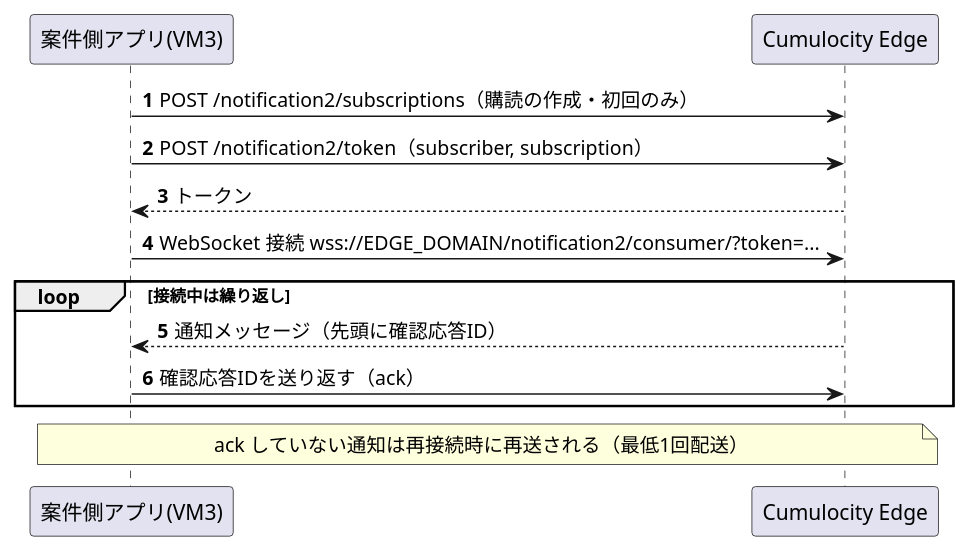
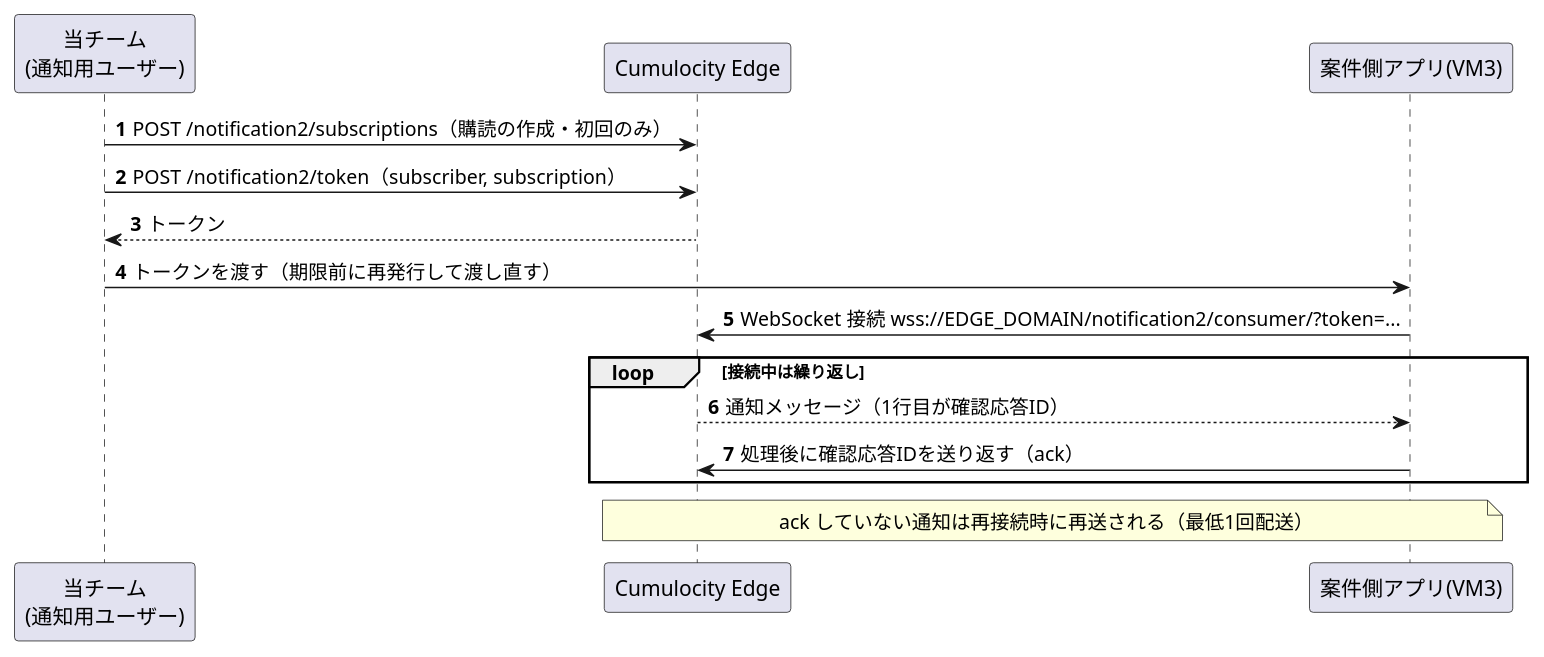
Before and after one commit to maki4580/senpf: the ninth of 10 diagrams in cumulocity-edge-thin-edge-design.md, drawn with PlantUML. The commit also changed other lines of this file, not shown here.

````diff
--- a/cumulocity-edge-thin-edge-design.md
+++ b/cumulocity-edge-thin-edge-design.md
@@ -1050,16 +1053,18 @@
 ```plantuml
 @startuml
 autonumber
+participant "当チーム\n(通知用ユーザー)" as P
+participant "Cumulocity Edge" as E
 participant "案件側アプリ(VM3)" as A
-participant "Cumulocity Edge" as E
-A -> E: POST /notification2/subscriptions（購読の作成・初回のみ）
-A -> E: POST /notification2/token（subscriber, subscription）
-E --> A: トークン
+P -> E: POST /notification2/subscriptions（購読の作成・初回のみ）
+P -> E: POST /notification2/token（subscriber, subscription）
+E --> P: トークン
+P -> A: トークンを渡す（期限前に再発行して渡し直す）
 A -> E: WebSocket 接続 wss:~//EDGE_DOMAIN/notification2/consumer/?token=...
 loop 接続中は繰り返し
-  E --> A: 通知メッセージ（先頭に確認応答ID）
-  A -> E: 確認応答IDを送り返す（ack）
+  E --> A: 通知メッセージ（1行目が確認応答ID）
+  A -> E: 処理後に確認応答IDを送り返す（ack）
 end
-note over A, E: ack していない通知は再接続時に再送される（最低1回配送）
+note over E, A: ack していない通知は再接続時に再送される（最低1回配送）
 @enduml
 ```
````
